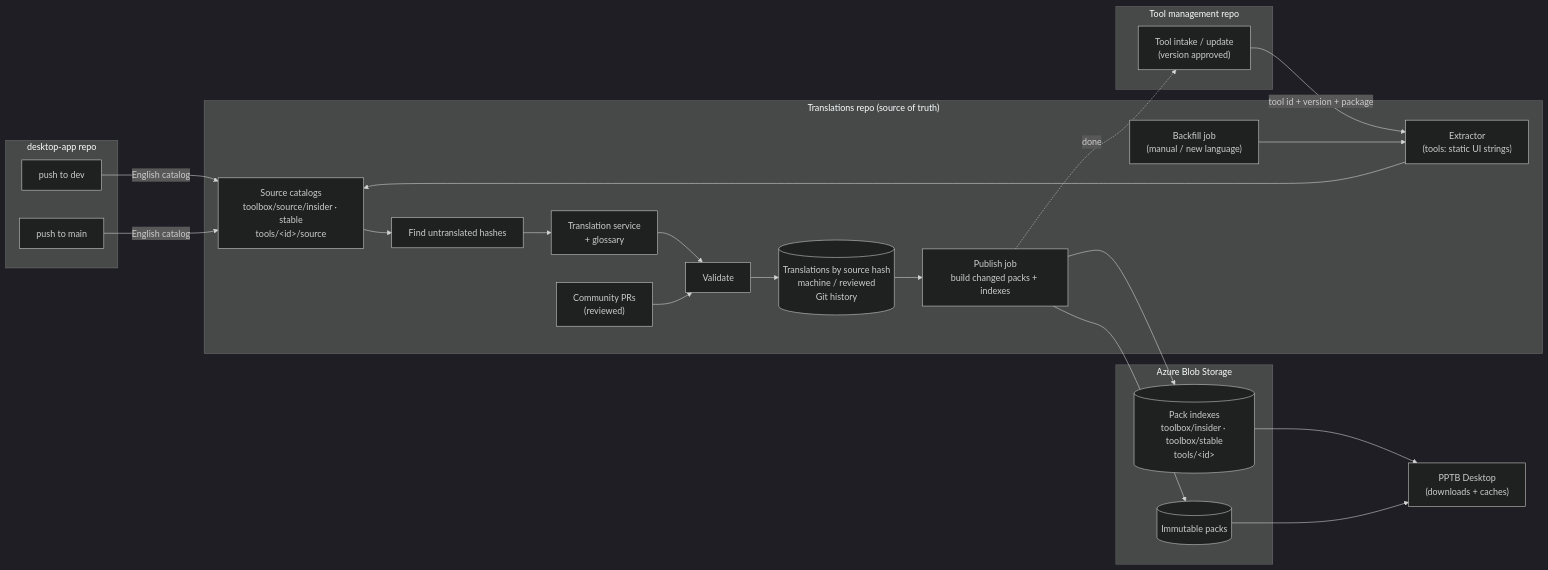
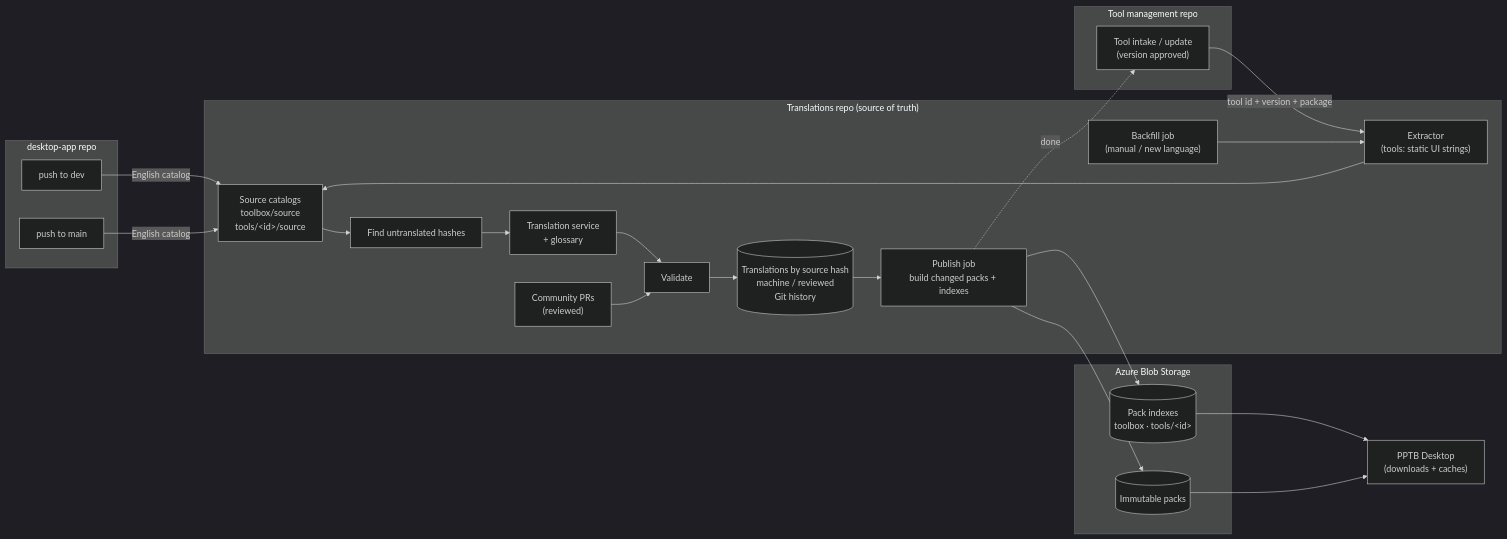
One commit to PowerPlatformToolBox/desktop-app changed the first of 9 diagrams in docs/LOCALIZATION_ARCHITECTURE.md. Above: the diagram before and after it, drawn with Mermaid (dark theme). The commit also changed other lines of this file and 1 other file, not shown here.

Commit message:
Refine localization implementation prompts: clarify shared translation sets, update data layout, enhance translation sync service, and improve tool pack manager logic

````diff
--- a/docs/LOCALIZATION_ARCHITECTURE.md
+++ b/docs/LOCALIZATION_ARCHITECTURE.md
@@ -272,44 +305,44 @@
 ```mermaid
 flowchart LR
     subgraph DA["desktop-app repo"]
         DEV["push to dev"]
         MAIN["push to main"]
     end
 
     subgraph TM["Tool management repo"]
         INTAKE["Tool intake / update<br/>(version approved)"]
     end
 
     subgraph TR["Translations repo (source of truth)"]
-        SRC["Source catalogs<br/>toolbox/source/insider · stable<br/>tools/&lt;id&gt;/source"]
+        SRC["Source catalogs<br/>toolbox/source<br/>tools/&lt;id&gt;/source"]
         EXT["Extractor<br/>(tools: static UI strings)"]
         DIFF["Find untranslated hashes"]
         MT["Translation service<br/>+ glossary"]
         VAL["Validate"]
         STORE[("Translations by source hash<br/>machine / reviewed<br/>Git history")]
         BF["Backfill job<br/>(manual / new language)"]
         PR["Community PRs<br/>(reviewed)"]
         PUB["Publish job<br/>build changed packs + indexes"]
     end
 
     subgraph BLOB["Azure Blob Storage"]
-        IDX[("Pack indexes<br/>toolbox/insider · toolbox/stable<br/>tools/&lt;id&gt;")]
+        IDX[("Pack indexes<br/>toolbox · tools/&lt;id&gt;")]
         PK[("Immutable packs")]
     end
 
     APP["PPTB Desktop<br/>(downloads + caches)"]
 
     DEV -- "English catalog" --> SRC
     MAIN -- "English catalog" --> SRC
     INTAKE -- "tool id + version + package" --> EXT
     BF --> EXT
     EXT --> SRC
     SRC --> DIFF --> MT --> VAL --> STORE
     PR --> VAL
     STORE --> PUB
     PUB --> PK
     PUB --> IDX
     IDX --> APP
     PK --> APP
     PUB -. "done" .-> INTAKE
 ```
````
